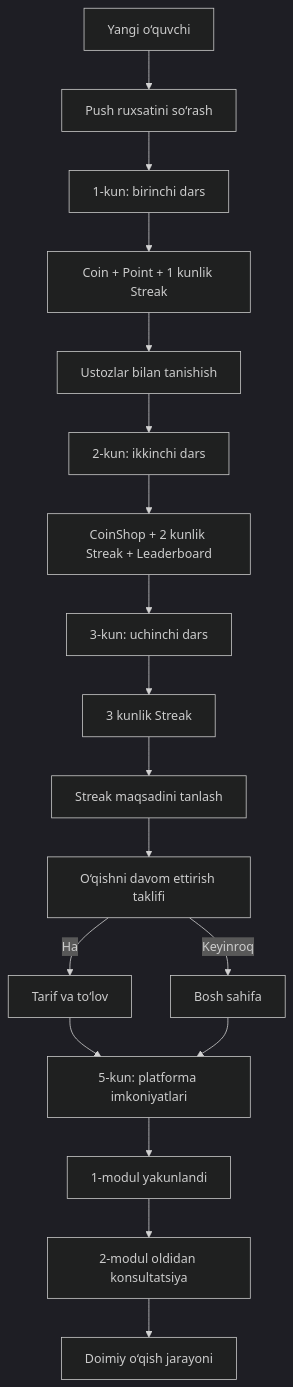
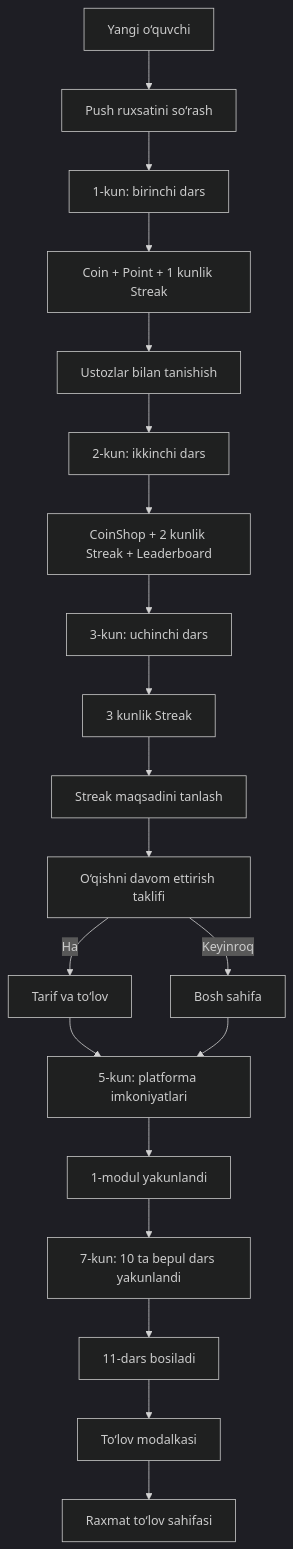
Before and after one commit to azimovamunisa0322-sys/junior-vidjet-maketlar: the diagram in FULL-ONBOARDING-PROCESS.md, drawn with Mermaid (dark theme). The commit also changed other lines of this file and 3 other files, not shown here.

````diff
--- a/FULL-ONBOARDING-PROCESS.md
+++ b/FULL-ONBOARDING-PROCESS.md
@@ -23,20 +23,22 @@
 ```mermaid
 flowchart TD
     A[Yangi o‘quvchi] --> B[Push ruxsatini so‘rash]
     B --> C[1-kun: birinchi dars]
     C --> D[Coin + Point + 1 kunlik Streak]
     D --> E[Ustozlar bilan tanishish]
     E --> F[2-kun: ikkinchi dars]
     F --> G[CoinShop + 2 kunlik Streak + Leaderboard]
     G --> H[3-kun: uchinchi dars]
     H --> I[3 kunlik Streak]
     I --> J[Streak maqsadini tanlash]
     J --> K[O‘qishni davom ettirish taklifi]
     K -->|Ha| L[Tarif va to‘lov]
     K -->|Keyinroq| M[Bosh sahifa]
     L --> N[5-kun: platforma imkoniyatlari]
     M --> N
     N --> O[1-modul yakunlandi]
-    O --> P[2-modul oldidan konsultatsiya]
-    P --> R[Doimiy o‘qish jarayoni]
+    O --> P[7-kun: 10 ta bepul dars yakunlandi]
+    P --> Q[11-dars bosiladi]
+    Q --> R[To‘lov modalkasi]
+    R --> S[Raxmat to‘lov sahifasi]
 ```
````
